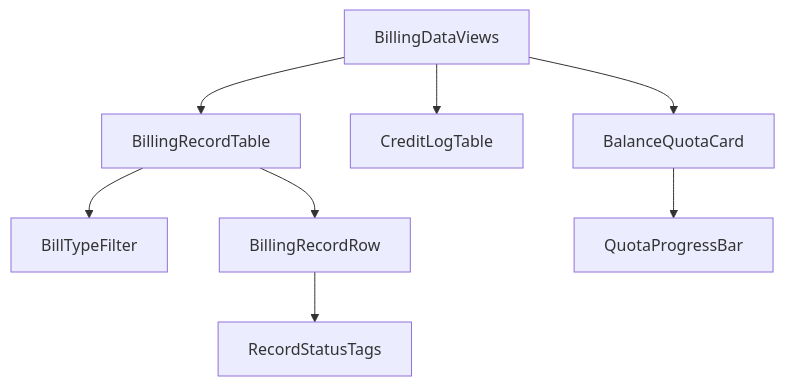
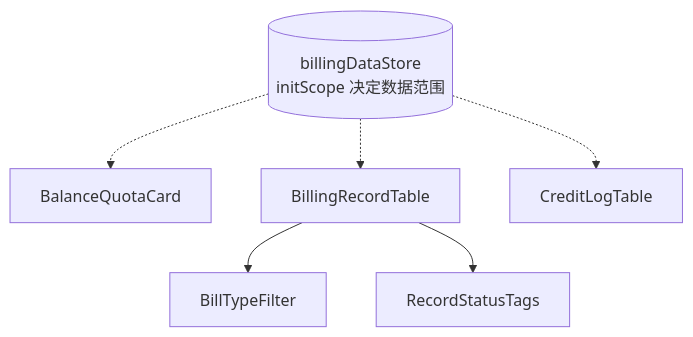
Before and after one commit to earthy-zinc/dehaze-system: the diagram in dehaze-doc/docs/03-模块设计/基础模块/AI计费管理/前端实现-公共.md, drawn with Mermaid. The commit also changed other lines of this file and 694 other files, not shown here.

````diff
--- a/dehaze-doc/docs/03-模块设计/基础模块/AI计费管理/前端实现-公共.md
+++ b/dehaze-doc/docs/03-模块设计/基础模块/AI计费管理/前端实现-公共.md
@@ -15,10 +15,9 @@
 ```mermaid
 flowchart TD
-    BillingDataViews --> BillingRecordTable
-    BillingDataViews --> CreditLogTable
-    BillingDataViews --> BalanceQuotaCard
+    Store[(billingDataStore<br/>initScope 决定数据范围)]
+    Store -.-> BalanceQuotaCard
+    Store -.-> BillingRecordTable
+    Store -.-> CreditLogTable
     BillingRecordTable --> BillTypeFilter
-    BillingRecordTable --> BillingRecordRow
-    BillingRecordRow --> RecordStatusTags
-    BalanceQuotaCard --> QuotaProgressBar
+    BillingRecordTable --> RecordStatusTags
 ```
````
